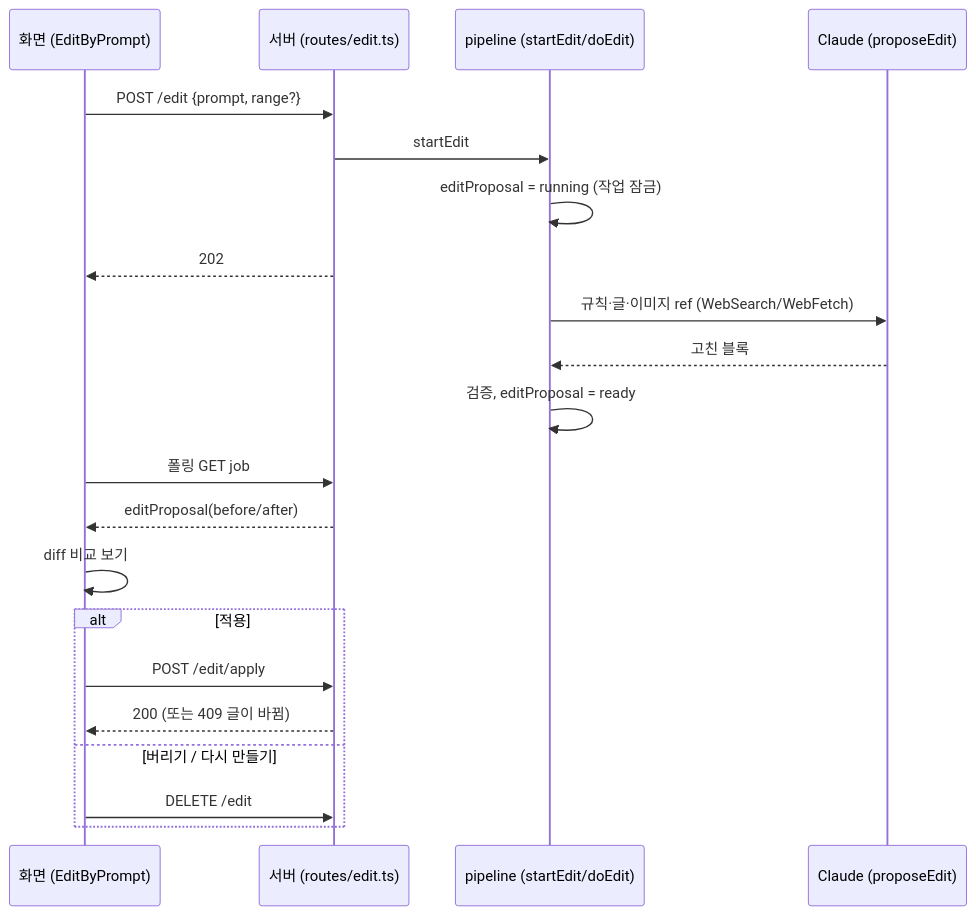
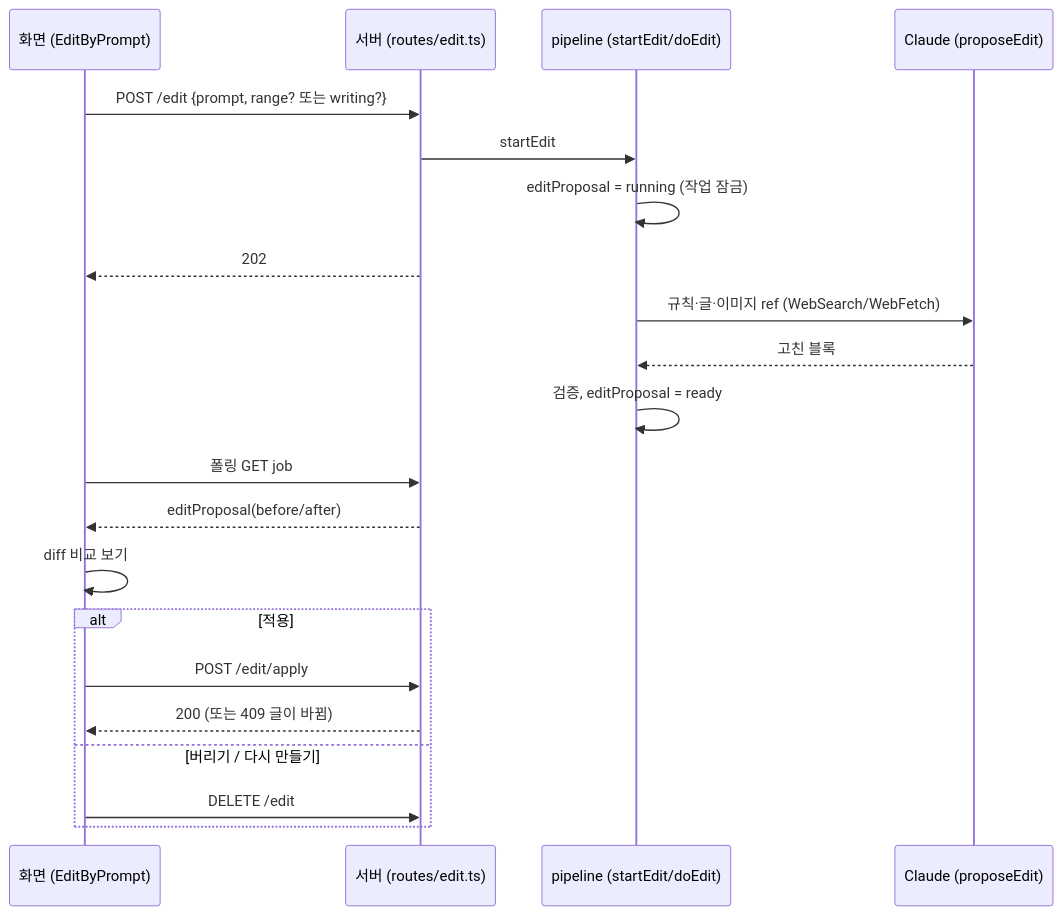
Before and after one commit to beekei-god/blog-writer: the first of 2 diagrams in vault/wiki/writing/flows/프롬프트로 글 고치기 플로우.md, drawn with Mermaid. The commit also changed other lines of this file and 38 other files, not shown here.

````diff
--- a/vault/wiki/writing/flows/프롬프트로 글 고치기 플로우.md
+++ b/vault/wiki/writing/flows/프롬프트로 글 고치기 플로우.md
@@ -37,23 +39,23 @@
 ```mermaid
 sequenceDiagram
   participant W as 화면 (EditByPrompt)
   participant S as 서버 (routes/edit.ts)
   participant P as pipeline (startEdit/doEdit)
   participant C as Claude (proposeEdit)
-  W->>S: POST /edit {prompt, range?}
+  W->>S: POST /edit {prompt, range? 또는 writing?}
   S->>P: startEdit
   P->>P: editProposal = running (작업 잠금)
   S-->>W: 202
   P->>C: 규칙·글·이미지 ref (WebSearch/WebFetch)
   C-->>P: 고친 블록
   P->>P: 검증, editProposal = ready
   W->>S: 폴링 GET job
   S-->>W: editProposal(before/after)
   W->>W: diff 비교 보기
   alt 적용
     W->>S: POST /edit/apply
     S-->>W: 200 (또는 409 글이 바뀜)
   else 버리기 / 다시 만들기
     W->>S: DELETE /edit
   end
 ```
````
